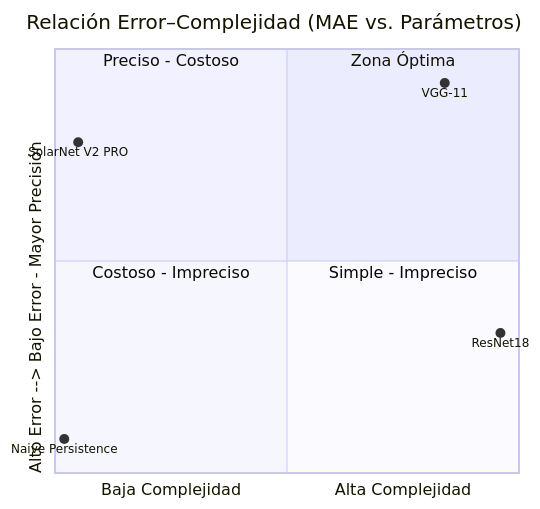
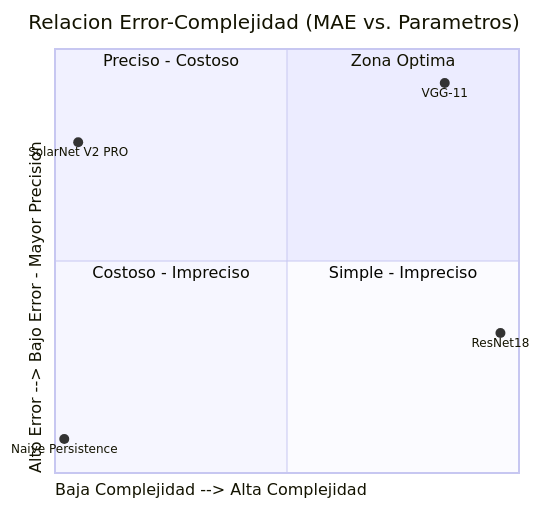
Before and after one commit to Alehcs/auralis: the diagram in RESEARCH_DOSSIER_MASTER.md, drawn with Mermaid.

Commit message:
fix3 in dossier

````diff
--- a/RESEARCH_DOSSIER_MASTER.md
+++ b/RESEARCH_DOSSIER_MASTER.md
@@ -421,14 +421,14 @@
 ```mermaid
 quadrantChart
-    title Relación Error–Complejidad (MAE vs. Parámetros)
-    x-axis Baja Complejidad --> Alta Complejidad
-    y-axis "Alto Error --> Bajo Error - Mayor Precisión"
-    quadrant-1 Zona Óptima
-    quadrant-2 Preciso - Costoso
-    quadrant-3 Costoso - Impreciso
-    quadrant-4 Simple - Impreciso
+    title Relacion Error-Complejidad (MAE vs. Parametros)
+    x-axis "Baja Complejidad --> Alta Complejidad"
+    y-axis "Alto Error --> Bajo Error - Mayor Precision"
+    quadrant-1 "Zona Optima"
+    quadrant-2 "Preciso - Costoso"
+    quadrant-3 "Costoso - Impreciso"
+    quadrant-4 "Simple - Impreciso"
     Naive Persistence: [0.02, 0.08]
     SolarNet V2 PRO: [0.05, 0.78]
     VGG-11: [0.84, 0.92]
     ResNet18: [0.96, 0.33]
 ```
````
